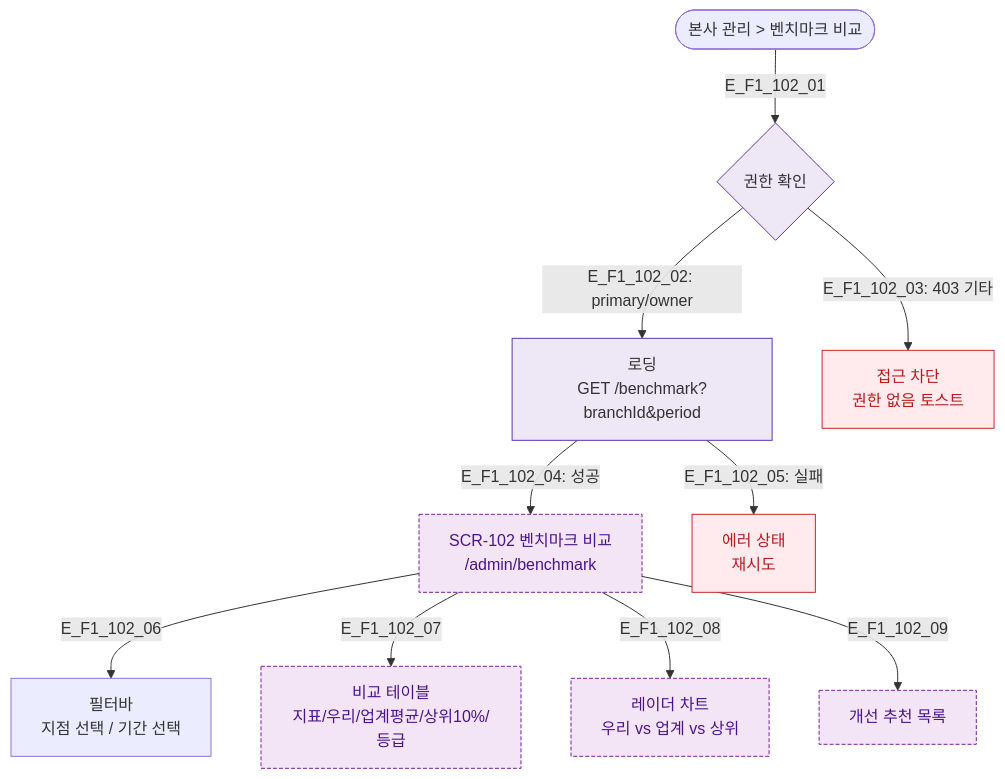
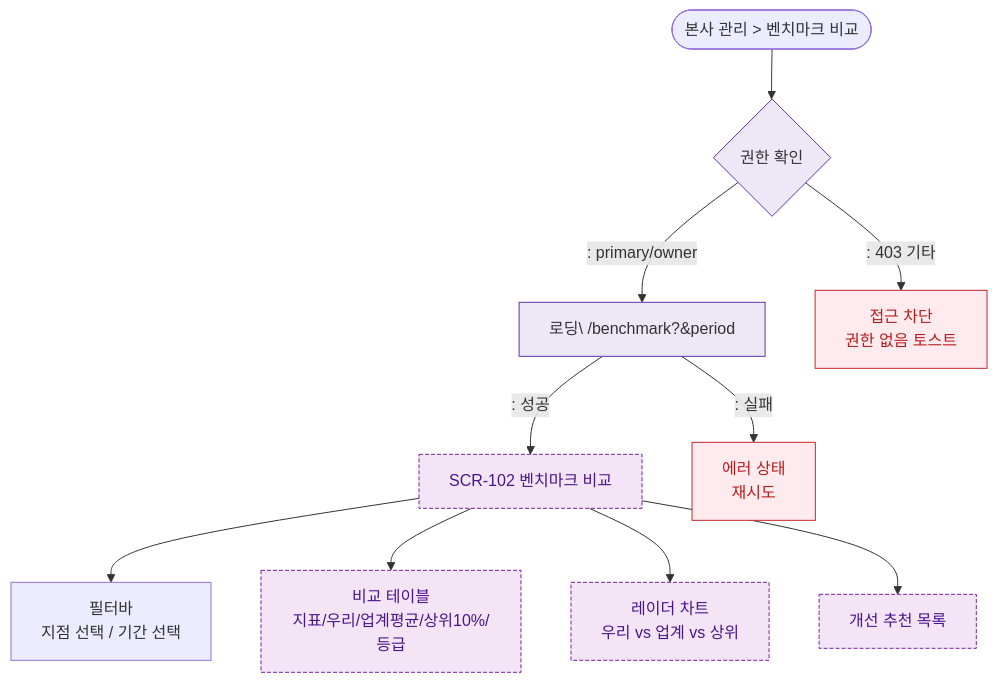
One commit to dev-spogym/admin-pando changed the diagram in docs/다이어그램/D10_본사관리/SCR-102_벤치마크비교/F1_진입.md. Above: the diagram before and after it, drawn with Mermaid. The commit also changed other lines of this file and 1660 other files, not shown here.

First line of the commit message:
다이어그램: 기획자/클라이언트 납품본으로 정리

````diff
--- a/docs/다이어그램/D10_본사관리/SCR-102_벤치마크비교/F1_진입.md
+++ b/docs/다이어그램/D10_본사관리/SCR-102_벤치마크비교/F1_진입.md
@@ -14,23 +12,23 @@
 ```mermaid
 flowchart TD
-    Sidebar([본사 관리 > 벤치마크 비교]) -->|E_F1_102_01| Auth{권한 확인}
-    Auth -->|"E_F1_102_02: primary/owner"| Loading[로딩\nGET /benchmark?branchId&period]
-    Auth -->|"E_F1_102_03: 403 기타"| Blocked[접근 차단\n권한 없음 토스트]
+    Sidebar([본사 관리 > 벤치마크 비교]) --> Auth{권한 확인}
+    Auth -->|": primary/owner"|Loading[로딩\ /benchmark?&period]
+    Auth -->|": 403 기타"|Blocked[접근 차단\n권한 없음 토스트]
 
-    Loading -->|"E_F1_102_04: 성공"| SCR102[SCR-102 벤치마크 비교\n/admin/benchmark]
-    Loading -->|"E_F1_102_05: 실패"| ErrorState[에러 상태\n재시도]
+    Loading -->|": 성공"|SCR102[SCR-102 벤치마크 비교\n]
+    Loading -->|": 실패"|ErrorState[에러 상태\n재시도]
 
-    SCR102 -->|E_F1_102_06| FilterBar[필터바\n지점 선택 / 기간 선택]
-    SCR102 -->|E_F1_102_07| CompTable[비교 테이블\n지표/우리/업계평균/상위10%/등급]
-    SCR102 -->|E_F1_102_08| RadarChart[레이더 차트\n우리 vs 업계 vs 상위]
-    SCR102 -->|E_F1_102_09| Suggestions[개선 추천 목록]
+    SCR102 --> FilterBar[필터바\n지점 선택 / 기간 선택]
+    SCR102 --> CompTable[비교 테이블\n지표/우리/업계평균/상위10%/등급]
+    SCR102 --> RadarChart[레이더 차트\n우리 vs 업계 vs 상위]
+    SCR102 --> Suggestions[개선 추천 목록]
 
     classDef screen fill:#E3F2FD,stroke:#1976D2,color:#0D47A1
     classDef newFeature fill:#F3E5F5,stroke:#7B1FA2,color:#4A148C,stroke-dasharray:4 2
     classDef error fill:#FFEBEE,stroke:#C62828,color:#B71C1C
     classDef system fill:#EDE7F6,stroke:#5E35B2
     class SCR102 newFeature
     class CompTable,RadarChart,Suggestions newFeature
     class ErrorState,Blocked error
     class Loading,Auth system
 ```
````
